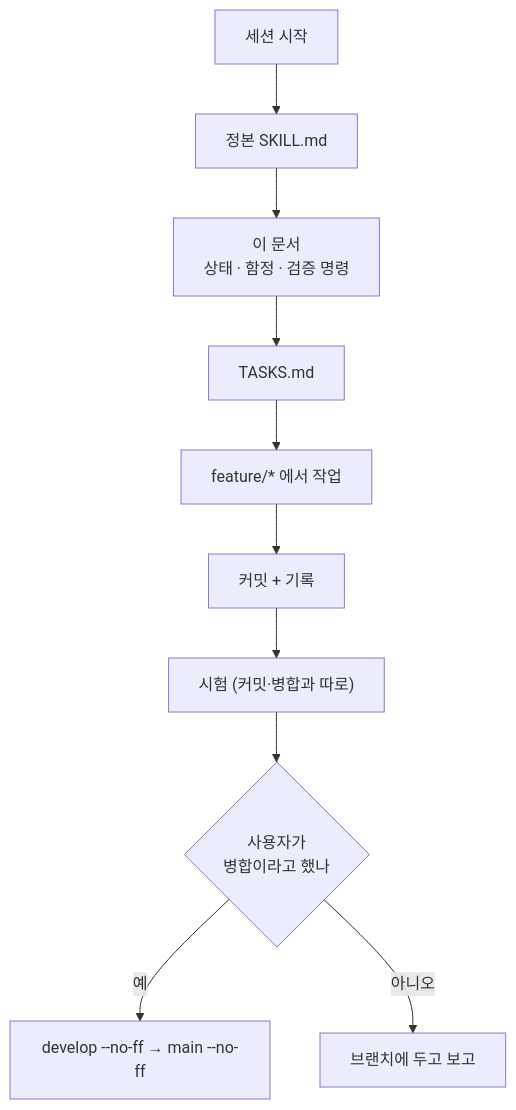
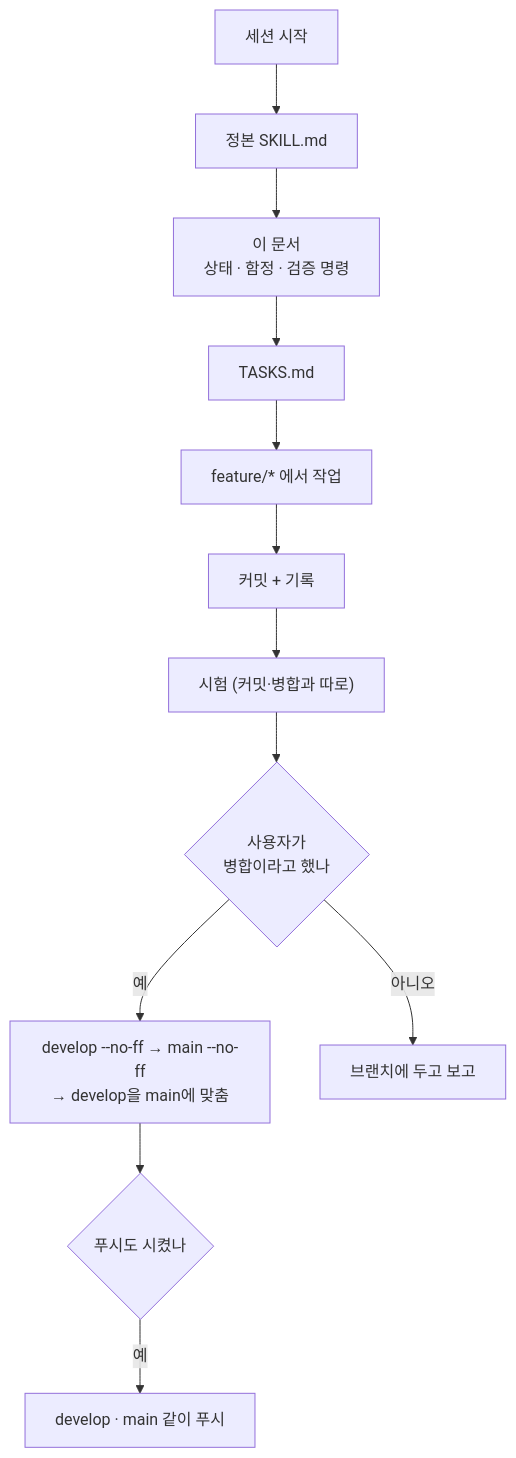
The first of 3 diagrams in docs/AGENT_HANDOVER.md (samam0234/CodiComperChat), drawn with Mermaid before and after one commit. The commit also changed other lines of this file and 29 other files, not shown here.

````diff
--- a/docs/AGENT_HANDOVER.md
+++ b/docs/AGENT_HANDOVER.md
@@ -25,12 +26,14 @@
 ```mermaid
 flowchart TD
   S["세션 시작"] --> K["정본 SKILL.md"]
   K --> H["이 문서<br/>상태 · 함정 · 검증 명령"]
   H --> T["TASKS.md"]
   T --> W["feature/* 에서 작업"]
   W --> C["커밋 + 기록"]
   C --> V["시험 (커밋·병합과 따로)"]
   V --> Q{"사용자가<br/>병합이라고 했나"}
-  Q -- "예" --> M1["develop --no-ff → main --no-ff"]
+  Q -- "예" --> M1["develop --no-ff → main --no-ff<br/>→ develop을 main에 맞춤"]
+  M1 --> P{"푸시도 시켰나"}
+  P -- "예" --> PU["develop · main 같이 푸시"]
   Q -- "아니오" --> E["브랜치에 두고 보고"]
 ```
````
